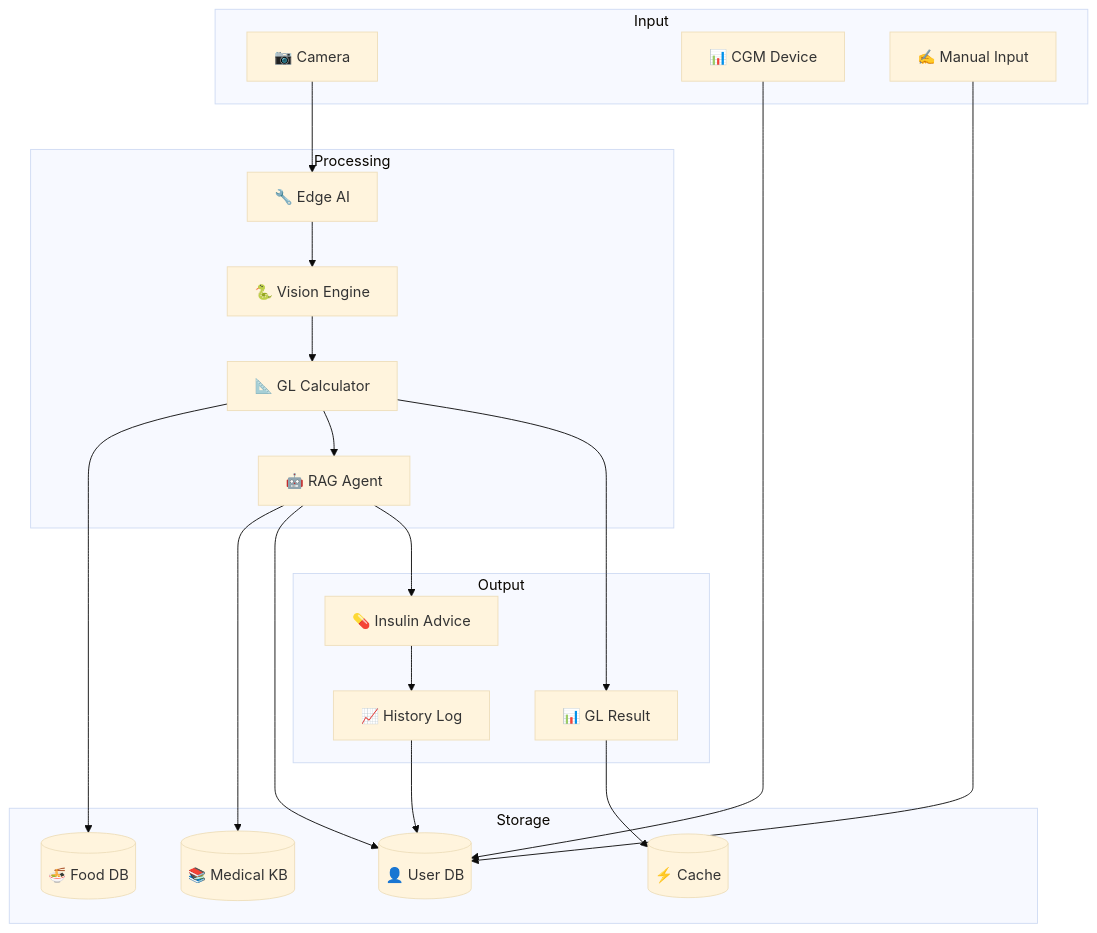
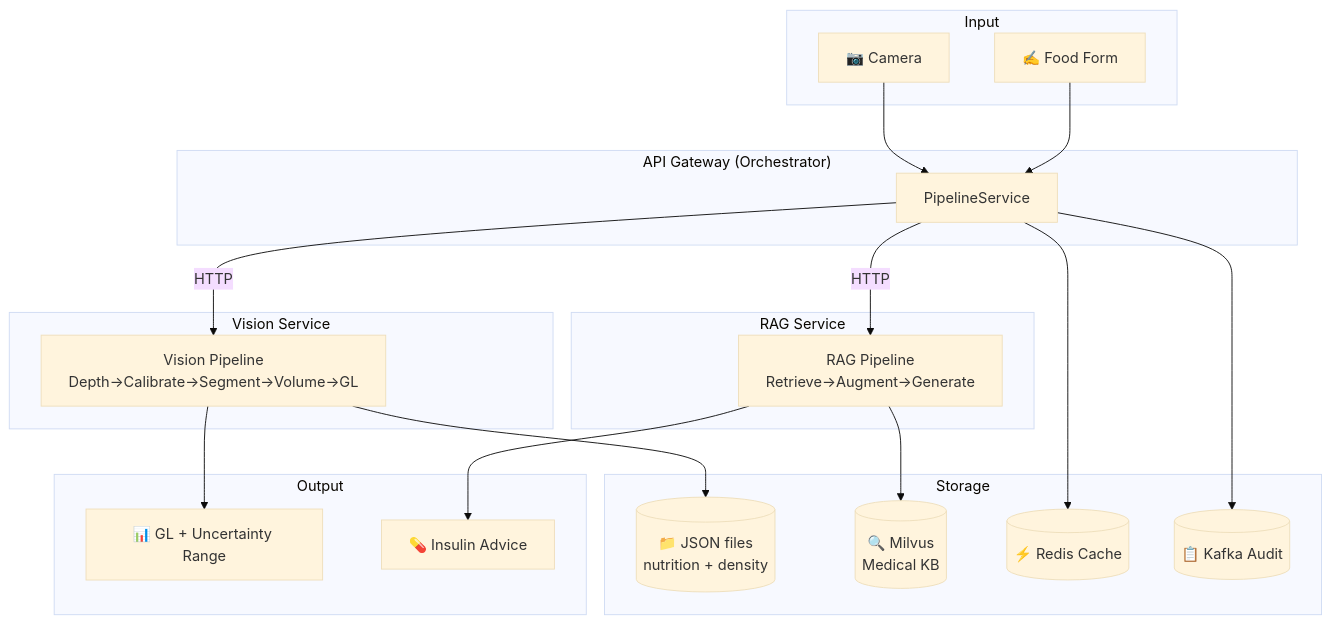
One commit to EurusDevSec/InSight changed the sixth of 6 diagrams in docs/architecture.md. Above: the diagram before and after it, drawn with Mermaid (base theme). The commit also changed other lines of this file and 8 other files, not shown here.

Commit message:
docs: add comprehensive system architecture and project documentation

````diff
--- a/docs/architecture.md
+++ b/docs/architecture.md
@@ -253,45 +218,45 @@
 ```mermaid
 flowchart TB
     subgraph Input
         Camera[📷 Camera]
-        CGM[📊 CGM Device]
-        Manual[✍️ Manual Input]
+        Manual[✍️ Food Form]
     end
 
-    subgraph Processing
-        EdgeAI[🔧 Edge AI]
-        VisionEngine[🐍 Vision Engine]
-        GLCalc[📐 GL Calculator]
-        RAGAgent[🤖 RAG Agent]
+    subgraph "API Gateway (Orchestrator)"
+        Pipeline[PipelineService]
+    end
+
+    subgraph "Vision Service"
+        VisionEngine[Vision Pipeline<br/>Depth→Calibrate→Segment→Volume→GL]
+    end
+
+    subgraph "RAG Service"
+        RAGAgent[RAG Pipeline<br/>Retrieve→Augment→Generate]
     end
 
     subgraph Storage
-        UserDB[(👤 User DB)]
-        FoodDB[(🍜 Food DB)]
-        MedicalKB[(📚 Medical KB)]
-        Cache[(⚡ Cache)]
+        FoodJSON[(📁 JSON files<br/>nutrition + density)]
+        MilvusDB[(🔍 Milvus<br/>Medical KB)]
+        RedisCache[(⚡ Redis Cache)]
+        KafkaAudit[(📋 Kafka Audit)]
     end
 
     subgraph Output
-        Result[📊 GL Result]
+        Result[📊 GL + Uncertainty Range]
         Advice[💊 Insulin Advice]
-        History[📈 History Log]
     end
 
-    Camera --> EdgeAI
-    CGM --> UserDB
-    Manual --> UserDB
+    Camera --> Pipeline
+    Manual --> Pipeline
 
-    EdgeAI --> VisionEngine
-    VisionEngine --> GLCalc
-    GLCalc --> FoodDB
-    GLCalc --> RAGAgent
-    RAGAgent --> MedicalKB
-    RAGAgent --> UserDB
+    Pipeline -->|HTTP| VisionEngine
+    Pipeline -->|HTTP| RAGAgent
+    Pipeline --> RedisCache
+    Pipeline --> KafkaAudit
 
-    GLCalc --> Result
+    VisionEngine --> FoodJSON
+    RAGAgent --> MilvusDB
+
+    VisionEngine --> Result
     RAGAgent --> Advice
-    Result --> Cache
-    Advice --> History
-    History --> UserDB
 ```
````
